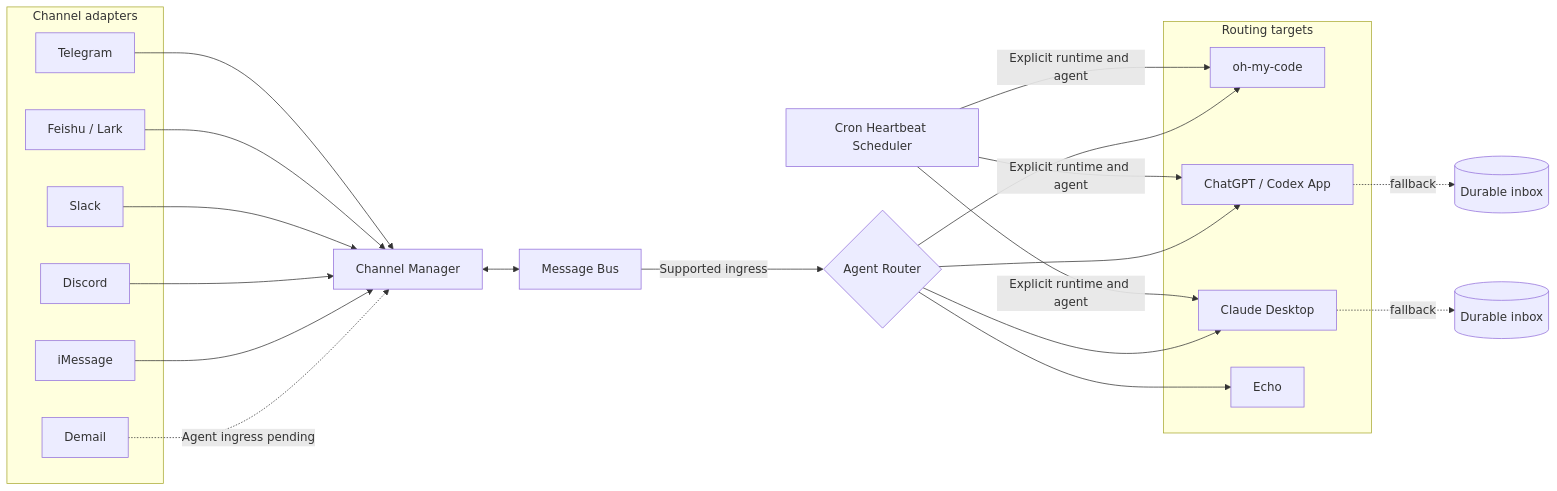
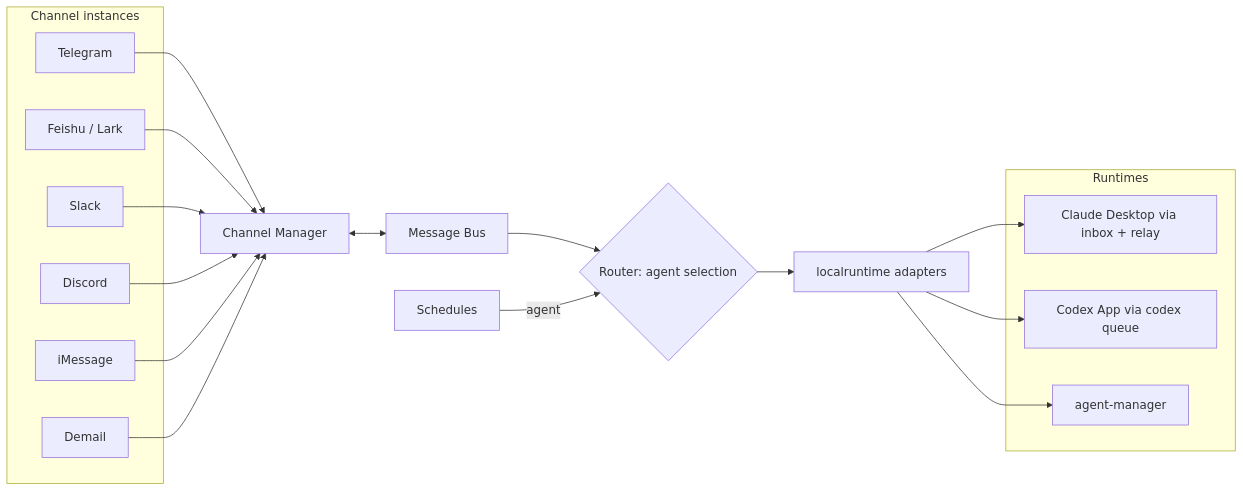
Before and after one commit to fractalmind-labs/fractalmind-os: the diagram in runtime/fractalbot/README.md, drawn with Mermaid. The commit also changed other lines of this file and 88 other files, not shown here.

````diff
--- a/runtime/fractalbot/README.md
+++ b/runtime/fractalbot/README.md
@@ -35,41 +36,37 @@
 ```mermaid
 flowchart LR
-    subgraph Channels[Channel adapters]
+    subgraph Channels[Channel instances]
         TG[Telegram]
         FS[Feishu / Lark]
         SL[Slack]
         DC[Discord]
         IM[iMessage]
         DM[Demail]
     end
 
     CM[Channel Manager]
     MB[Message Bus]
-    AR{Agent Router}
-    HB[Cron Heartbeat Scheduler]
+    RT{Router: agent selection}
+    SC[Schedules]
+    LR[localruntime adapters]
 
-    subgraph Targets[Routing targets]
-        OMC[oh-my-code]
-        CA[ChatGPT / Codex App]
-        CD[Claude Desktop]
-        Echo[Echo]
+    subgraph Runtimes
+        CD[Claude Desktop via inbox + relay]
+        CA[Codex App via codex queue]
+        AM[agent-manager]
     end
 
     TG --> CM
     FS --> CM
     SL --> CM
     DC --> CM
     IM --> CM
-    DM -. Agent ingress pending .-> CM
+    DM --> CM
     CM <--> MB
-    MB -->|Supported ingress| AR
-    HB -->|Explicit runtime and agent| OMC
-    HB -->|Explicit runtime and agent| CA
-    HB -->|Explicit runtime and agent| CD
-    AR --> OMC
-    AR --> CA
-    AR --> CD
-    AR --> Echo
-    CA -. fallback .-> CI[(Durable inbox)]
-    CD -. fallback .-> DI[(Durable inbox)]
+    MB --> RT
+    SC -->|agent| RT
+    RT --> LR
+    LR --> CD
+    LR --> CA
+    LR --> AM
 ```
````
